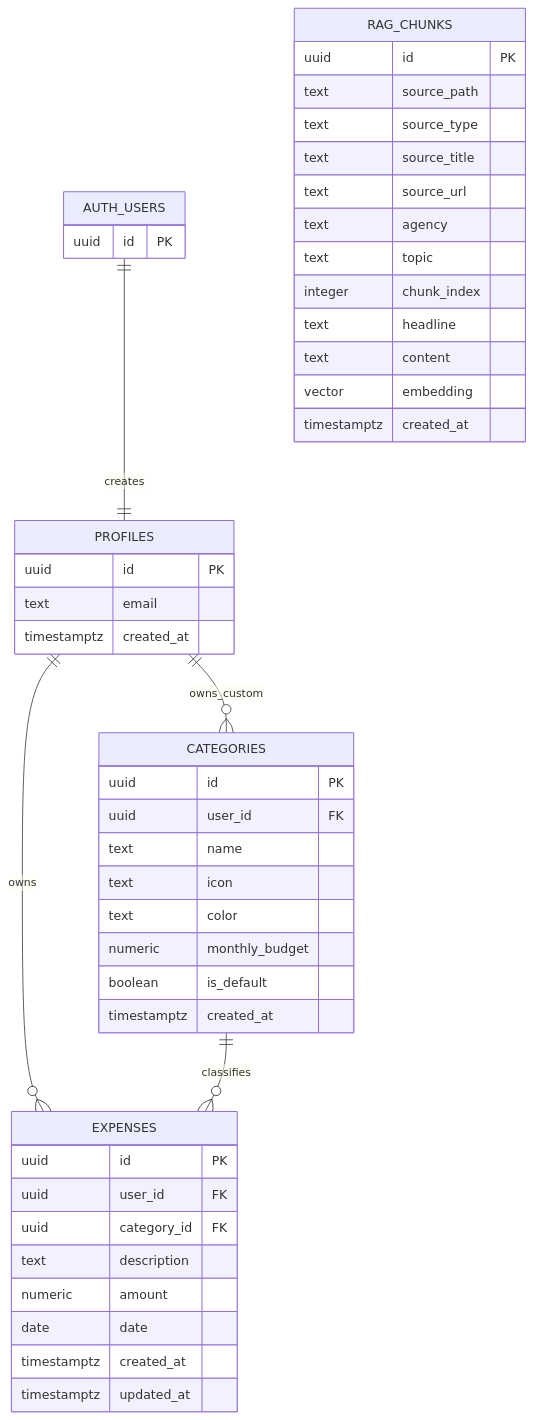
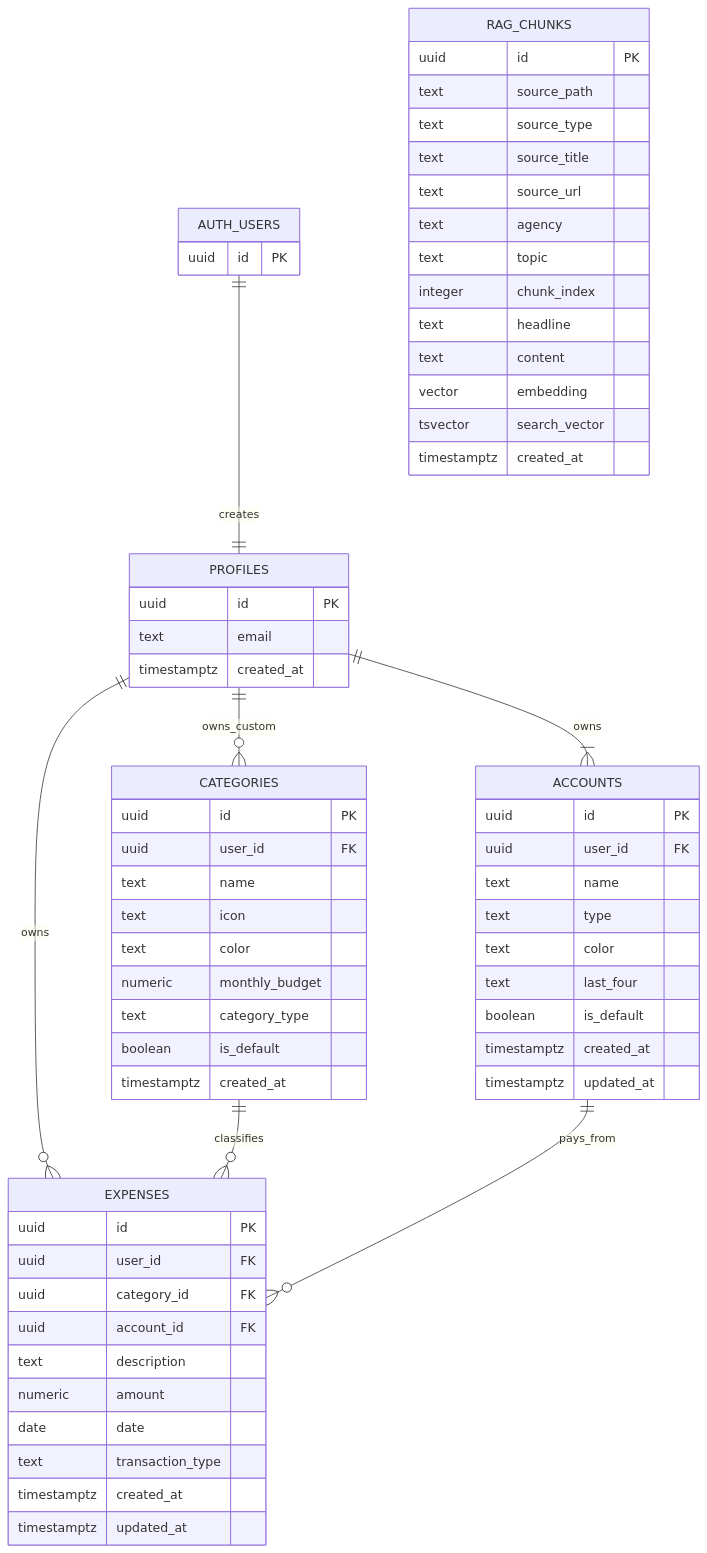
One commit to YongHui-X/fireBuddy changed the sixth of 6 diagrams in README.md. Above: the diagram before and after it, drawn with Mermaid. The commit also changed other lines of this file and 110 other files, not shown here.

````diff
--- a/README.md
+++ b/README.md
@@ -203,54 +211,72 @@
 ```mermaid
 erDiagram
   AUTH_USERS {
     uuid id PK
   }
 
   PROFILES {
     uuid id PK
     text email
     timestamptz created_at
   }
 
   CATEGORIES {
     uuid id PK
     uuid user_id FK
     text name
     text icon
     text color
     numeric monthly_budget
+    text category_type
     boolean is_default
     timestamptz created_at
+  }
+
+  ACCOUNTS {
+    uuid id PK
+    uuid user_id FK
+    text name
+    text type
+    text color
+    text last_four
+    boolean is_default
+    timestamptz created_at
+    timestamptz updated_at
   }
 
   EXPENSES {
     uuid id PK
     uuid user_id FK
     uuid category_id FK
+    uuid account_id FK
     text description
     numeric amount
     date date
+    text transaction_type
     timestamptz created_at
     timestamptz updated_at
   }
 
   RAG_CHUNKS {
     uuid id PK
     text source_path
     text source_type
     text source_title
     text source_url
     text agency
     text topic
     integer chunk_index
     text headline
     text content
     vector embedding
+    tsvector search_vector
     timestamptz created_at
   }
 
   AUTH_USERS ||--|| PROFILES : creates
   PROFILES ||--o{ EXPENSES : owns
+  PROFILES ||--|{ ACCOUNTS : owns
   PROFILES ||--o{ CATEGORIES : owns_custom
   CATEGORIES ||--o{ EXPENSES : classifies
+  ACCOUNTS ||--o{ EXPENSES : pays_from
 ```
````
